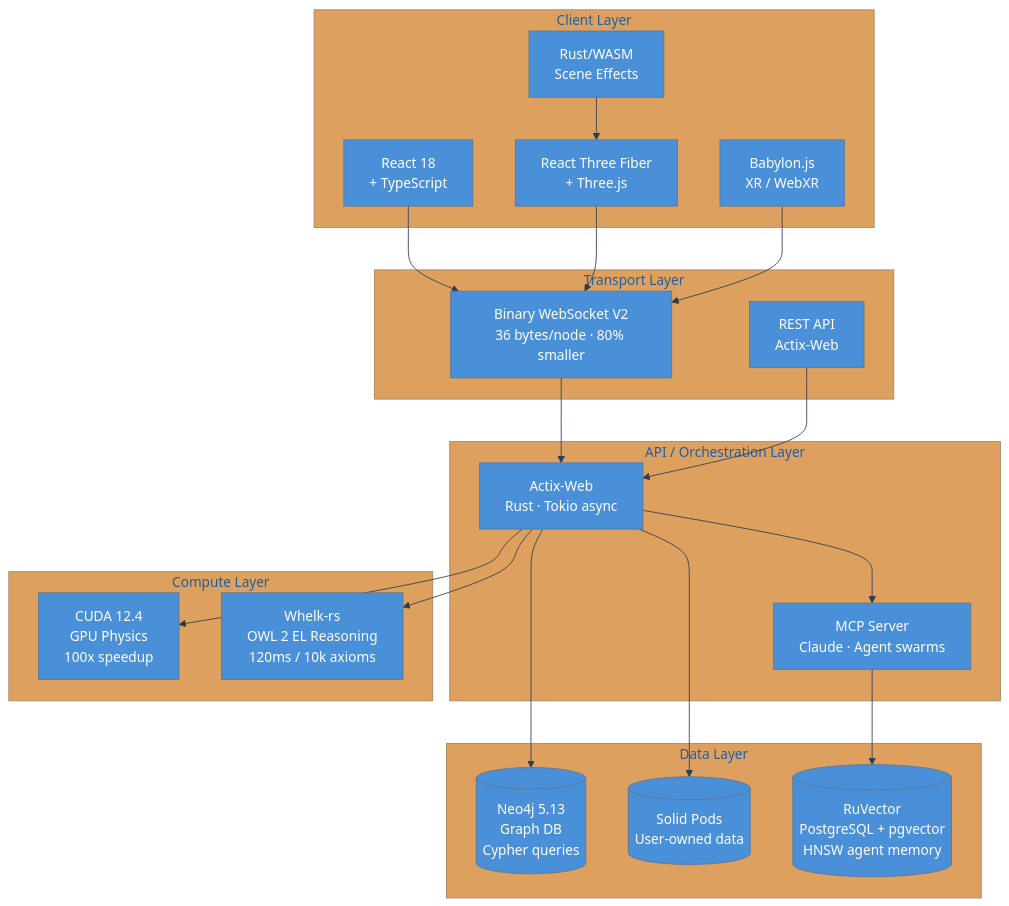
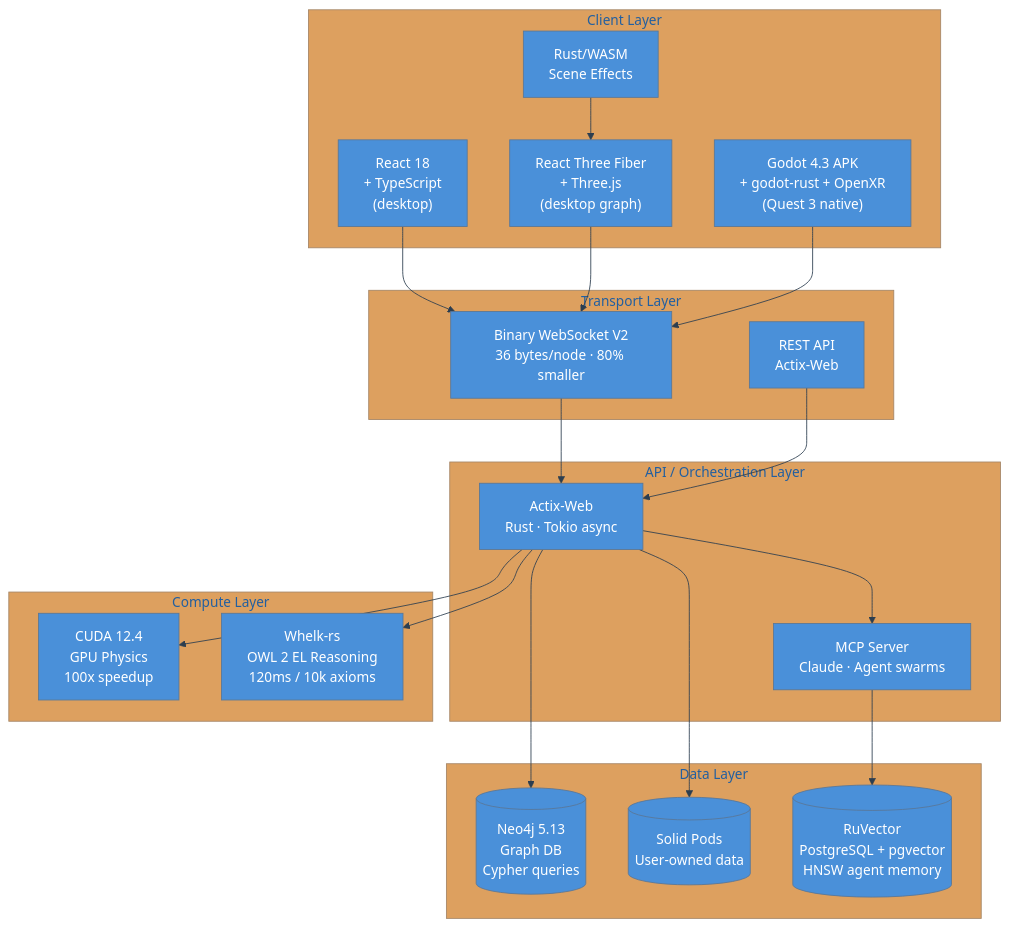
One commit to shaneholloman/logseq-spring-thing changed the first of 2 diagrams in docs/explanation/technology-choices.md. Above: the diagram before and after it, drawn with Mermaid. The commit also changed other lines of this file and 14 other files, not shown here.

````diff
--- a/docs/explanation/technology-choices.md
+++ b/docs/explanation/technology-choices.md
@@ -53,44 +54,44 @@
 ```mermaid
 %%{init: {'theme': 'base', 'themeVariables': {'primaryColor': '#4A90D9', 'primaryTextColor': '#fff', 'lineColor': '#2C3E50'}}}%%
 graph TB
     subgraph "Client Layer"
-        React["React 18\n+ TypeScript"]
-        R3F["React Three Fiber\n+ Three.js"]
-        Babylon["Babylon.js\nXR / WebXR"]
+        React["React 18\n+ TypeScript<br/>(desktop)"]
+        R3F["React Three Fiber\n+ Three.js<br/>(desktop graph)"]
+        Godot["Godot 4.3 APK\n+ godot-rust + OpenXR<br/>(Quest 3 native)"]
         WASM["Rust/WASM\nScene Effects"]
     end
 
     subgraph "Transport Layer"
         WS["Binary WebSocket V2\n36 bytes/node · 80% smaller"]
         REST["REST API\nActix-Web"]
     end
 
     subgraph "API / Orchestration Layer"
         Actix["Actix-Web\nRust · Tokio async"]
         MCP["MCP Server\nClaude · Agent swarms"]
     end
 
     subgraph "Compute Layer"
         CUDA["CUDA 12.4\nGPU Physics\n100x speedup"]
         Whelk["Whelk-rs\nOWL 2 EL Reasoning\n120ms / 10k axioms"]
     end
 
     subgraph "Data Layer"
         Neo4j[("Neo4j 5.13\nGraph DB\nCypher queries")]
         Solid[("Solid Pods\nUser-owned data")]
         RuVector[("RuVector\nPostgreSQL + pgvector\nHNSW agent memory")]
     end
 
     React --> WS
     R3F --> WS
-    Babylon --> WS
+    Godot --> WS
     WASM --> R3F
     WS --> Actix
     REST --> Actix
     Actix --> Neo4j
     Actix --> Solid
     Actix --> CUDA
     Actix --> Whelk
     MCP --> RuVector
     Actix --> MCP
 ```
````
